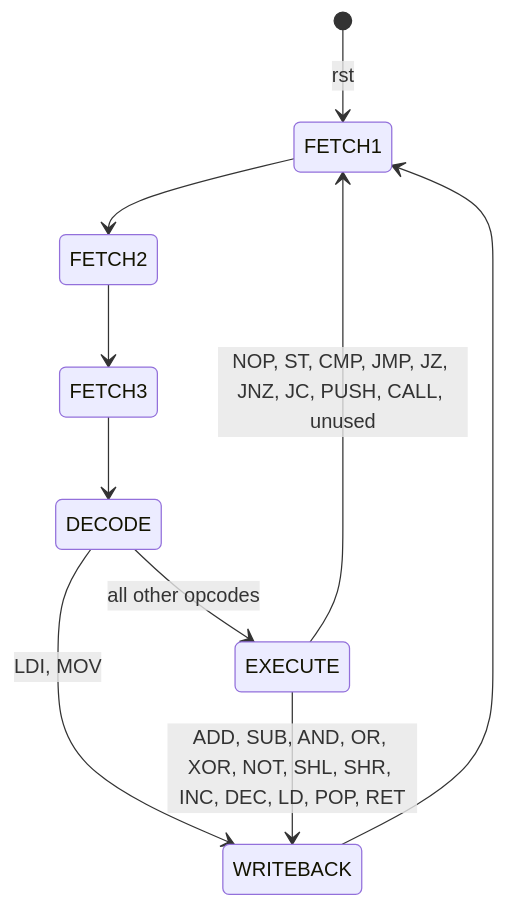
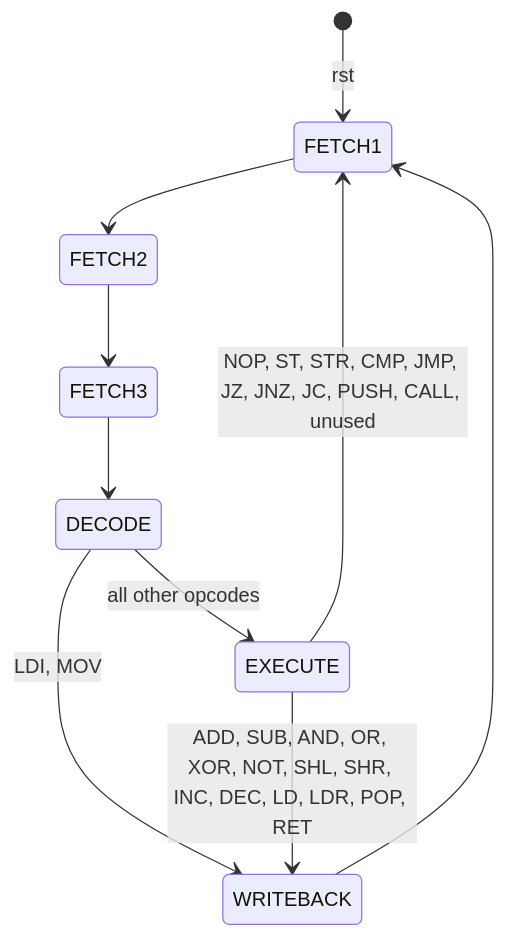
Before and after one commit to Johnyzour/8-bit-cpu: the second of 4 diagrams in README.md, drawn with Mermaid. The commit also changed other lines of this file and 7 other files, not shown here.

Commit message:
Register-indirect addressing: LDR, STR

````diff
--- a/README.md
+++ b/README.md
@@ -291,12 +328,12 @@
 ```mermaid
 stateDiagram-v2
     [*] --> FETCH1: rst
     FETCH1 --> FETCH2
     FETCH2 --> FETCH3
     FETCH3 --> DECODE
     DECODE --> WRITEBACK: LDI, MOV
     DECODE --> EXECUTE: all other opcodes
-    EXECUTE --> WRITEBACK: ADD, SUB, AND, OR, XOR, NOT, SHL, SHR, INC, DEC, LD, POP, RET
-    EXECUTE --> FETCH1: NOP, ST, CMP, JMP, JZ, JNZ, JC, PUSH, CALL, unused
+    EXECUTE --> WRITEBACK: ADD, SUB, AND, OR, XOR, NOT, SHL, SHR, INC, DEC, LD, LDR, POP, RET
+    EXECUTE --> FETCH1: NOP, ST, STR, CMP, JMP, JZ, JNZ, JC, PUSH, CALL, unused
     WRITEBACK --> FETCH1
 ```
````
